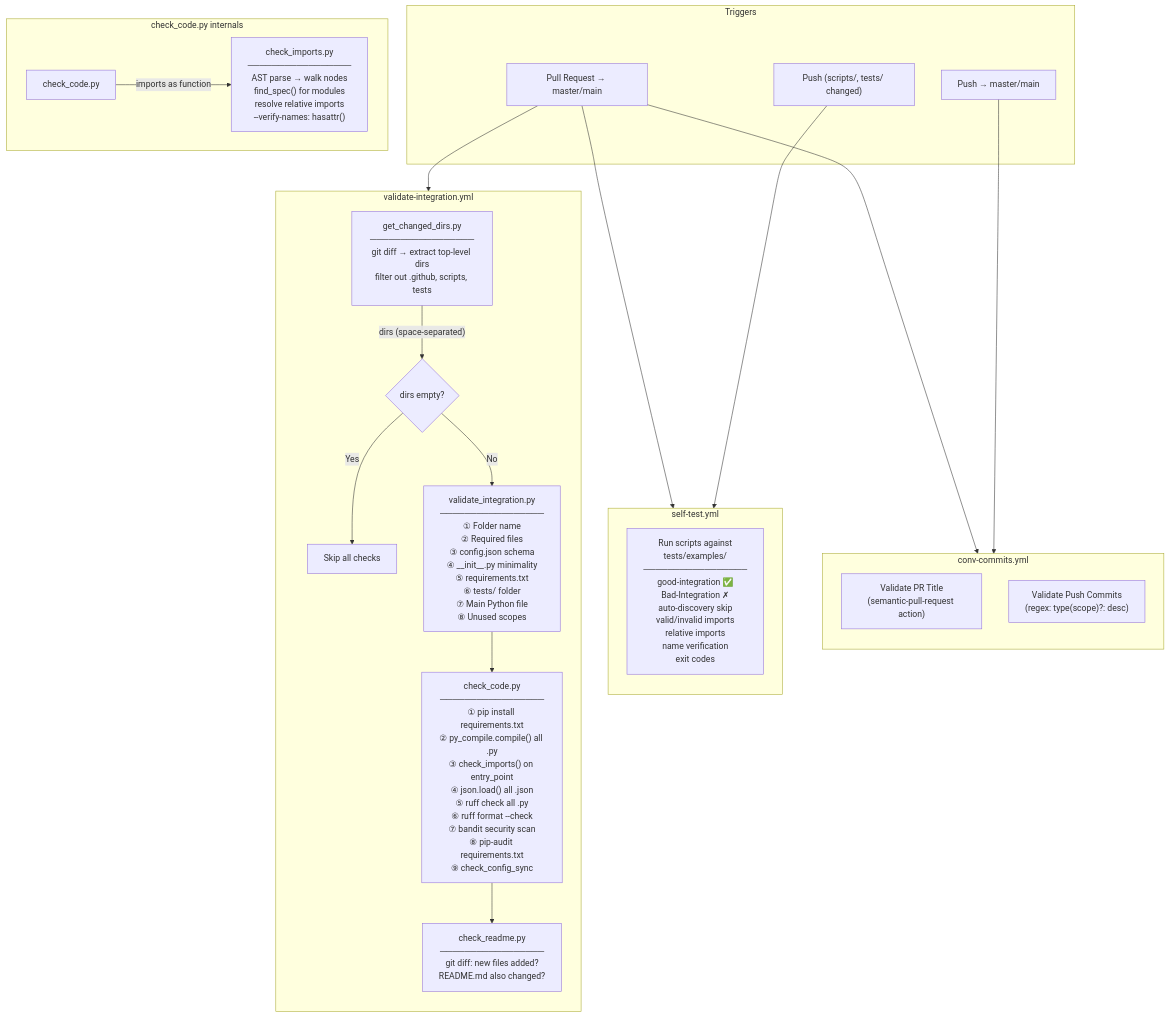
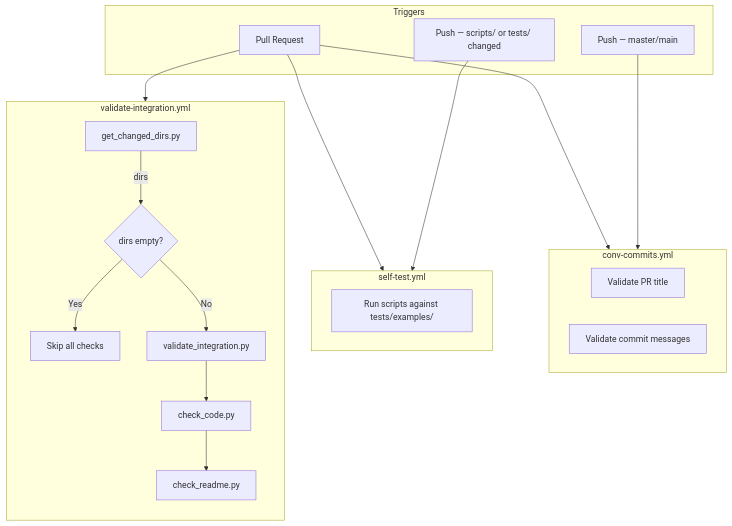
Before and after one commit to Autohive-AI/autohive-integrations-tooling: the diagram in README.md, drawn with Mermaid. The commit also changed other lines of this file and 1 other file, not shown here.

Commit message:
docs: simplify mermaid diagrams for reliable GitHub rendering

````diff
--- a/README.md
+++ b/README.md
@@ -29,40 +29,33 @@
 ```mermaid
 flowchart TB
     subgraph triggers["Triggers"]
-        PR["Pull Request → master/main"]
-        PUSH_SCRIPTS["Push (scripts/, tests/ changed)"]
-        PUSH_MAIN["Push → master/main"]
+        PR["Pull Request"]
+        PUSH_SCRIPTS["Push — scripts/ or tests/ changed"]
+        PUSH_MAIN["Push — master/main"]
     end
 
     subgraph wf1["validate-integration.yml"]
         direction TB
-        GCD["get_changed_dirs.py\n─────────────────\ngit diff → extract top-level dirs\nfilter out .github, scripts, tests"]
-        GCD -->|"dirs (space-separated)"| COND{dirs empty?}
+        GCD[get_changed_dirs.py]
+        GCD -->|dirs| COND{dirs empty?}
         COND -->|Yes| SKIP[Skip all checks]
-        COND -->|No| VI["validate_integration.py\n─────────────────\n① Folder name\n② Required files\n③ config.json schema\n④ __init__.py minimality\n⑤ requirements.txt\n⑥ tests/ folder\n⑦ Main Python file\n⑧ Unused scopes"]
-        VI --> CC["check_code.py\n─────────────────\n① pip install requirements.txt\n② py_compile.compile() all .py\n③ check_imports() on entry_point\n④ json.load() all .json\n⑤ ruff check all .py\n⑥ ruff format --check\n⑦ bandit security scan\n⑧ pip-audit requirements.txt\n⑨ check_config_sync"]
-        CC --> CR["check_readme.py\n─────────────────\ngit diff: new files added?\nREADME.md also changed?"]
-    end
-
-    subgraph ci_detail["check_code.py internals"]
-        direction LR
-        CC2["check_code.py"] -->|"imports as function"| CI["check_imports.py\n─────────────────\nAST parse → walk nodes\nfind_spec() for modules\nresolve relative imports\n--verify-names: hasattr()"]
+        COND -->|No| VI[validate_integration.py]
+        VI --> CC[check_code.py]
+        CC --> CR[check_readme.py]
     end
 
     subgraph wf2["self-test.yml"]
-        direction TB
-        ST["Run scripts against\ntests/examples/\n─────────────────\ngood-integration ✅\nBad-Integration ✗\nauto-discovery skip\nvalid/invalid imports\nrelative imports\nname verification\nexit codes"]
+        ST[Run scripts against tests/examples/]
     end
 
     subgraph wf3["conv-commits.yml"]
-        direction TB
-        PRT["Validate PR Title\n(semantic-pull-request action)"]
-        CMT["Validate Push Commits\n(regex: type(scope)?: desc)"]
+        PRT[Validate PR title]
+        CMT[Validate commit messages]
     end
 
     PR --> wf1
     PR --> wf2
     PR --> wf3
     PUSH_SCRIPTS --> wf2
     PUSH_MAIN --> wf3
 ```
````
